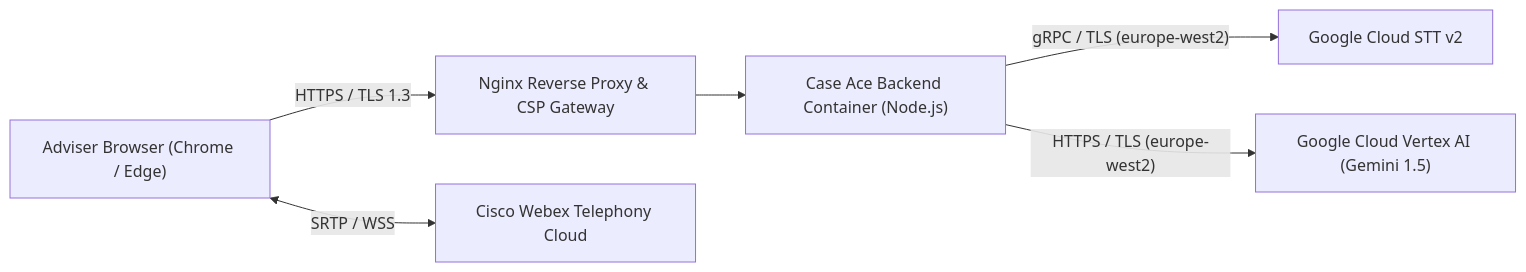
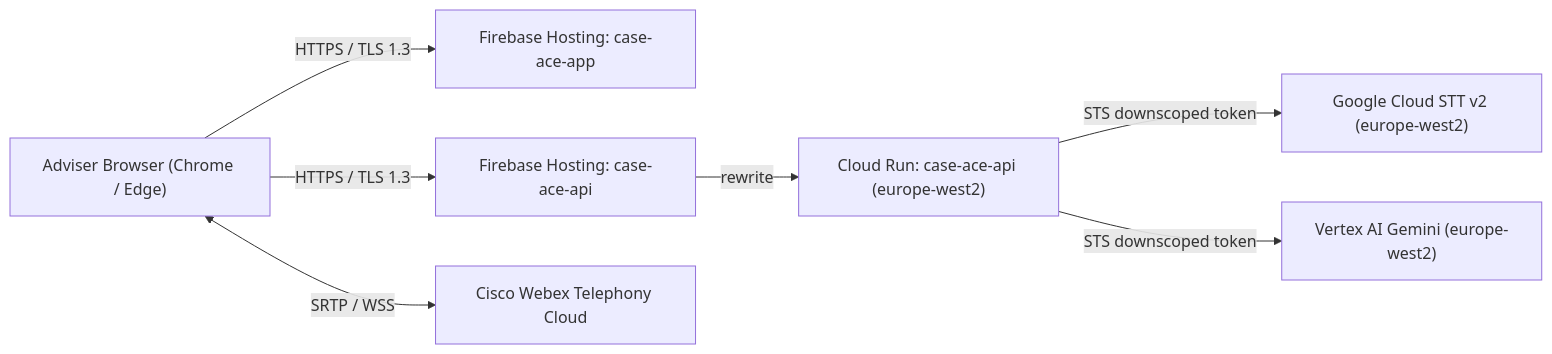
One commit to AdviceIntelligence/case-ace-v2 changed the diagram in docs/technical/deployment-runbook.md. Above: the diagram before and after it, drawn with Mermaid. The commit also changed other lines of this file and 21 other files, not shown here.

````diff
--- a/docs/technical/deployment-runbook.md
+++ b/docs/technical/deployment-runbook.md
@@ -17,8 +45,9 @@
 ```mermaid
 flowchart LR
-    A["Adviser Browser (Chrome / Edge)"] -->|"HTTPS / TLS 1.3"| B["Nginx Reverse Proxy & CSP Gateway"]
-    B --> C["Case Ace Backend Container (Node.js)"]
-    C -->|"gRPC / TLS (europe-west2)"| D["Google Cloud STT v2"]
-    C -->|"HTTPS / TLS (europe-west2)"| E["Google Cloud Vertex AI (Gemini 1.5)"]
-    A <-->|"SRTP / WSS"| F["Cisco Webex Telephony Cloud"]
+    A["Adviser Browser (Chrome / Edge)"] -->|"HTTPS / TLS 1.3"| B["Firebase Hosting: case-ace-app"]
+    A -->|"HTTPS / TLS 1.3"| C["Firebase Hosting: case-ace-api"]
+    C -->|"rewrite"| D["Cloud Run: case-ace-api (europe-west2)"]
+    D -->|"STS downscoped token"| E["Google Cloud STT v2 (europe-west2)"]
+    D -->|"STS downscoped token"| F["Vertex AI Gemini (europe-west2)"]
+    A <-->|"SRTP / WSS"| G["Cisco Webex Telephony Cloud"]
 ```
````
